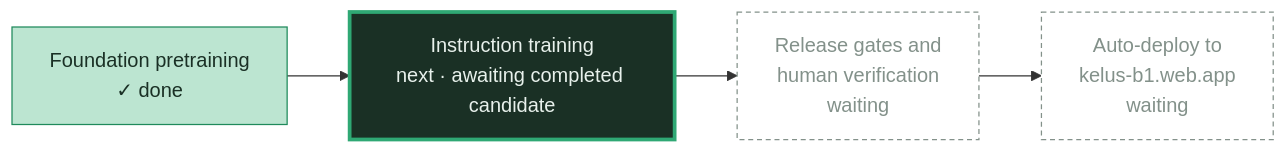
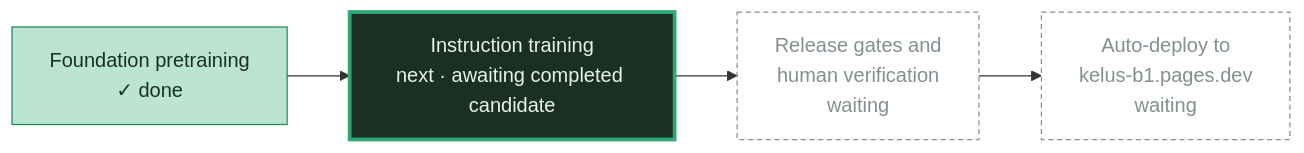
The first of 2 diagrams in README.md (KelusIDE/KelusModelB1), drawn with Mermaid before and after one commit. The commit also changed other lines of this file and 595 other files, not shown here.

````diff
--- a/README.md
+++ b/README.md
@@ -241,11 +269,11 @@
 ```mermaid
 flowchart LR
     F["Foundation pretraining<br/>✓ done"]:::done
     I["Instruction training<br/>next · awaiting completed candidate"]:::now
     G["Release gates and<br/>human verification<br/>waiting"]:::waiting
-    D["Auto-deploy to<br/>kelus-b1.web.app<br/>waiting"]:::waiting
+    D["Auto-deploy to<br/>kelus-b1.pages.dev<br/>waiting"]:::waiting
     F --> I --> G --> D
     classDef done fill:#bce5d1,stroke:#1f8a5b,color:#1a3025
     classDef now fill:#1a3025,stroke:#2fa874,stroke-width:3px,color:#e8f1ec
     classDef waiting fill:none,stroke:#83918a,stroke-dasharray:4 3,color:#83918a
 ```
````
